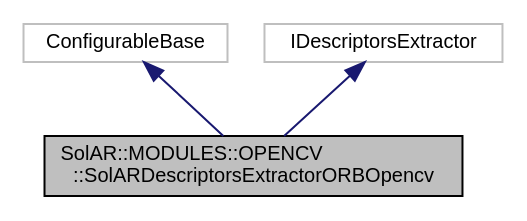
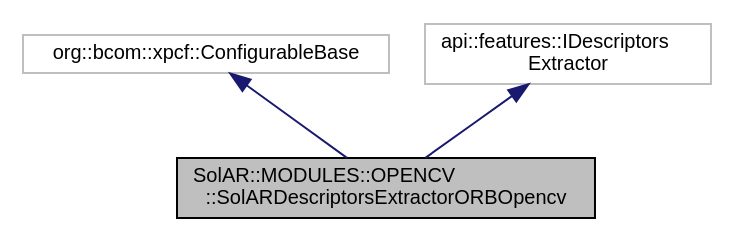
One commit to SolarFramework/solarframework.github.io changed the diagram in api_module_documentation/class_sol_a_r_1_1_m_o_d_u_l_e_s_1_1_o_p_e_n_c_v_1_1_sol_a_r_descriptors_extractor_o_r_b_opencv__inherit__graph.dot. Above: the diagram before and after it, drawn with Graphviz. The commit also changed 784 other files, not shown here.

```diff
--- a/api_module_documentation/class_sol_a_r_1_1_m_o_d_u_l_e_s_1_1_o_p_e_n_c_v_1_1_sol_a_r_descriptors_extractor_o_r_b_opencv__inherit__graph.dot
+++ b/api_module_documentation/class_sol_a_r_1_1_m_o_d_u_l_e_s_1_1_o_p_e_n_c_v_1_1_sol_a_r_descriptors_extractor_o_r_b_opencv__inherit__graph.dot
@@ -1,10 +1,11 @@
 digraph "SolAR::MODULES::OPENCV::SolARDescriptorsExtractorORBOpencv"
 {
+ // LATEX_PDF_SIZE
   edge [fontname="Helvetica",fontsize="10",labelfontname="Helvetica",labelfontsize="10"];
   node [fontname="Helvetica",fontsize="10",shape=record];
-  Node0 [label="SolAR::MODULES::OPENCV\l::SolARDescriptorsExtractorORBOpencv",height=0.2,width=0.4,color="black", fillcolor="grey75", style="filled", fontcolor="black"];
-  Node1 -> Node0 [dir="back",color="midnightblue",fontsize="10",style="solid",fontname="Helvetica"];
-  Node1 [label="ConfigurableBase",height=0.2,width=0.4,color="grey75", fillcolor="white", style="filled"];
-  Node2 -> Node0 [dir="back",color="midnightblue",fontsize="10",style="solid",fontname="Helvetica"];
-  Node2 [label="IDescriptorsExtractor",height=0.2,width=0.4,color="grey75", fillcolor="white", style="filled"];
+  Node1 [label="SolAR::MODULES::OPENCV\l::SolARDescriptorsExtractorORBOpencv",height=0.2,width=0.4,color="black", fillcolor="grey75", style="filled", fontcolor="black",tooltip="Extracts the ORB descriptors for a set of keypoints. UUID: 0ca8f7a6-d0a7-11e7-8fab-cec278b6b50a"];
+  Node2 -> Node1 [dir="back",color="midnightblue",fontsize="10",style="solid",fontname="Helvetica"];
+  Node2 [label="org::bcom::xpcf::ConfigurableBase",height=0.2,width=0.4,color="grey75", fillcolor="white", style="filled",tooltip=" "];
+  Node3 -> Node1 [dir="back",color="midnightblue",fontsize="10",style="solid",fontname="Helvetica"];
+  Node3 [label="api::features::IDescriptors\lExtractor",height=0.2,width=0.4,color="grey75", fillcolor="white", style="filled",tooltip=" "];
 }
```
